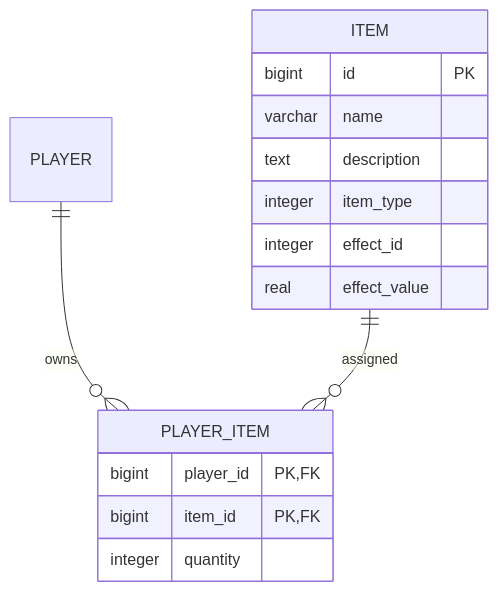
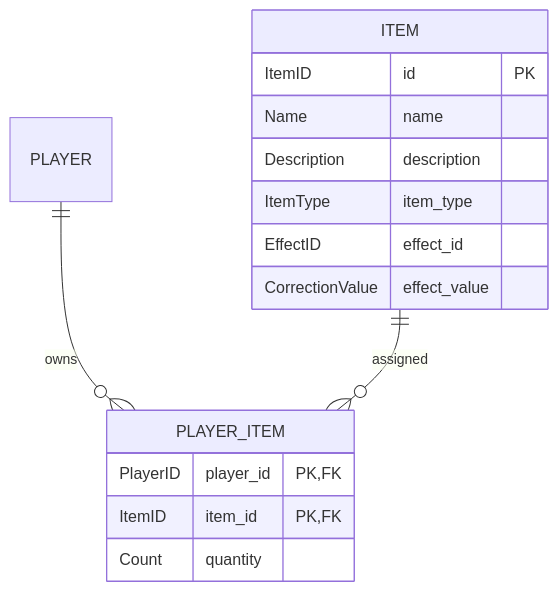
The fourth of 5 diagrams in data_base.md (ReHydrangeaOdyssey/Specifications), drawn with Mermaid before and after one commit. The commit also changed other lines of this file and 15 other files, not shown here.

````diff
--- a/data_base.md
+++ b/data_base.md
@@ -165,20 +166,20 @@
 ```mermaid
 erDiagram
     ITEM {
-        bigint id PK
-        varchar name
-        text description
-        integer item_type
-        integer effect_id
-        real effect_value
+        ItemID id PK
+        Name name
+        Description description
+        ItemType item_type
+        EffectID effect_id
+        CorrectionValue effect_value
     }
 
     PLAYER_ITEM {
-        bigint player_id PK, FK
-        bigint item_id PK, FK
-        integer quantity
+        PlayerID player_id PK, FK
+        ItemID item_id PK, FK
+        Count quantity
     }
 
     PLAYER ||--o{ PLAYER_ITEM : owns
     ITEM ||--o{ PLAYER_ITEM : assigned
 ```
````
